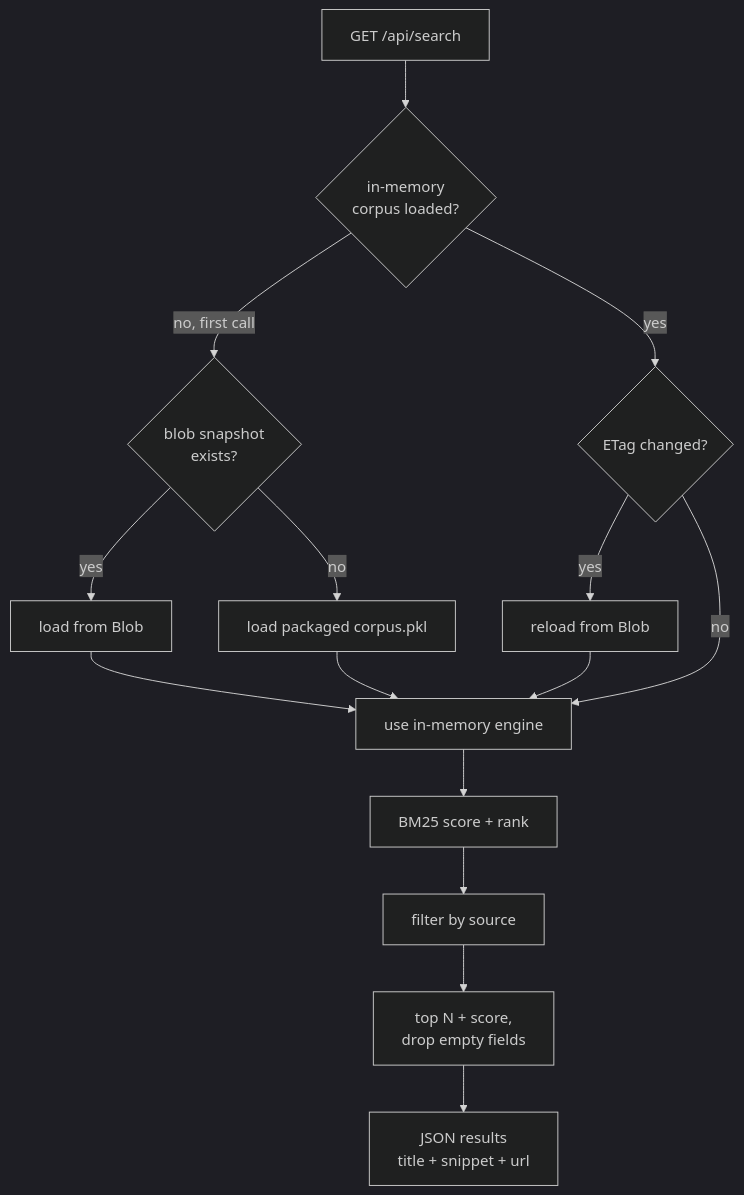
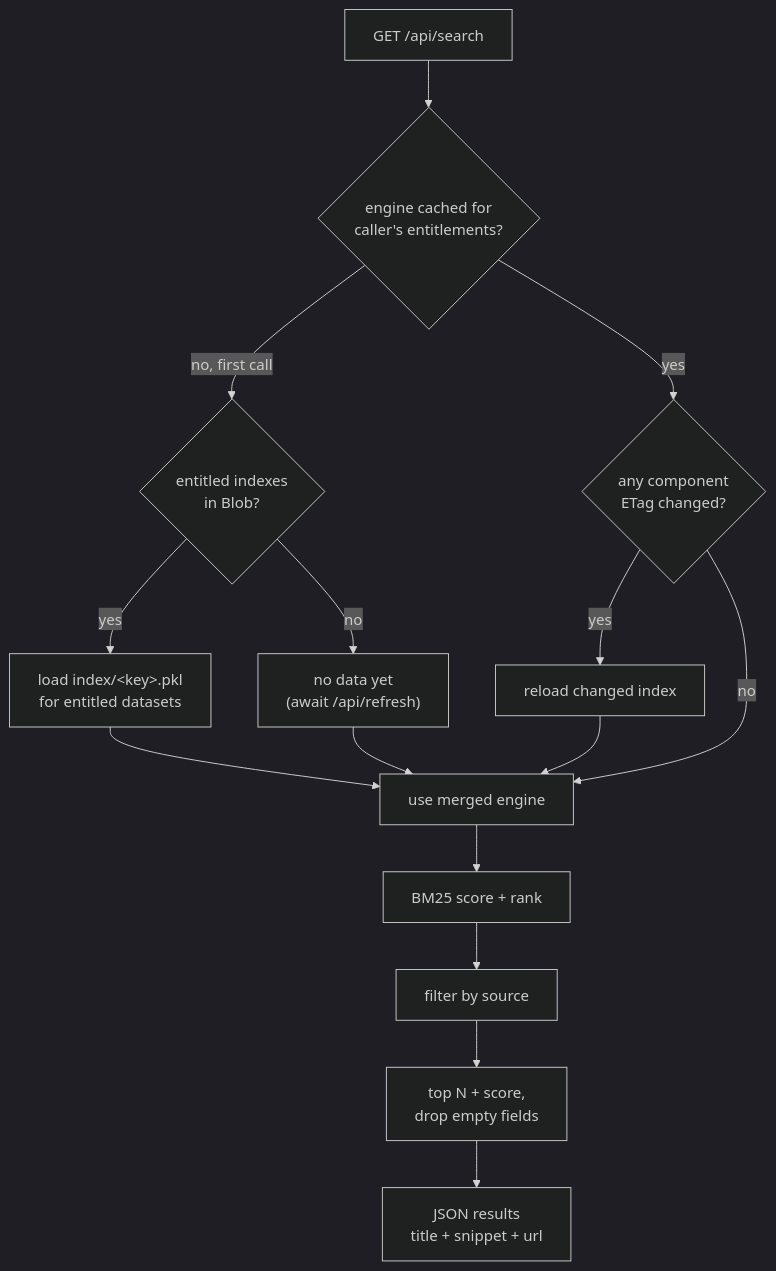
One commit to SteveCInVA/AllofUs-Agent changed the third of 5 diagrams in docs/architecture.md. Above: the diagram before and after it, drawn with Mermaid (dark theme). The commit also changed other lines of this file and 13 other files, not shown here.

First line of the commit message:
Remove obsolete corpus.pkl and legacy blob helpers (Option A)

````diff
--- a/docs/architecture.md
+++ b/docs/architecture.md
@@ -92,21 +92,21 @@
 ```mermaid
 flowchart TB
-    Q["GET /api/search"] --> ENG{"in-memory<br/>corpus loaded?"}
+    Q["GET /api/search"] --> ENG{"engine cached for<br/>caller's entitlements?"}
 
-    ENG -- "no, first call" --> L1{"blob snapshot<br/>exists?"}
-    L1 -- "yes" --> LB["load from Blob"]
-    L1 -- "no" --> LP["load packaged corpus.pkl"]
+    ENG -- "no, first call" --> L1{"entitled indexes<br/>in Blob?"}
+    L1 -- "yes" --> LB["load index/&lt;key&gt;.pkl<br/>for entitled datasets"]
+    L1 -- "no" --> LP["no data yet<br/>(await /api/refresh)"]
 
-    ENG -- "yes" --> STALE{"ETag changed?"}
-    STALE -- "yes" --> RB["reload from Blob"]
-    STALE -- "no" --> USE["use in-memory engine"]
+    ENG -- "yes" --> STALE{"any component<br/>ETag changed?"}
+    STALE -- "yes" --> RB["reload changed index"]
+    STALE -- "no" --> USE["use merged engine"]
 
     LB --> USE
     LP --> USE
     RB --> USE
 
     USE --> SRCH["BM25 score + rank"]
     SRCH --> FLT["filter by source"]
     FLT --> TOP["top N + score,<br/>drop empty fields"]
     TOP --> J["JSON results<br/>title + snippet + url"]
 ```
````
